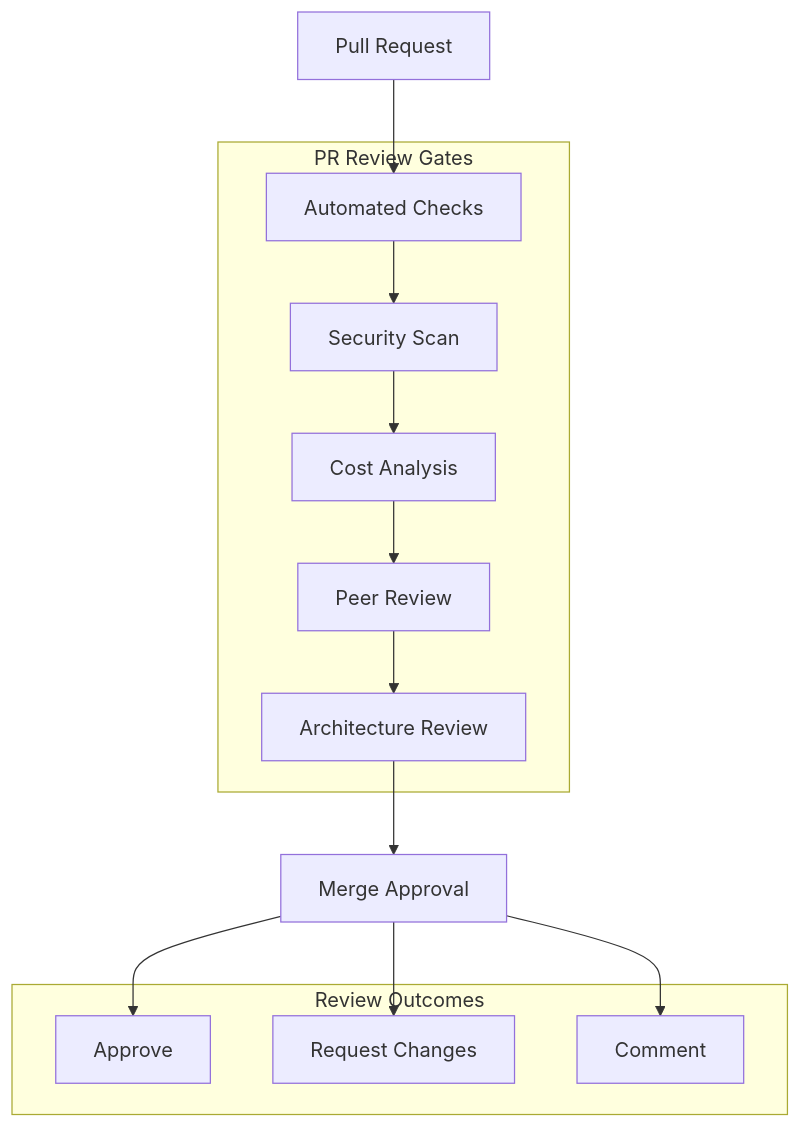
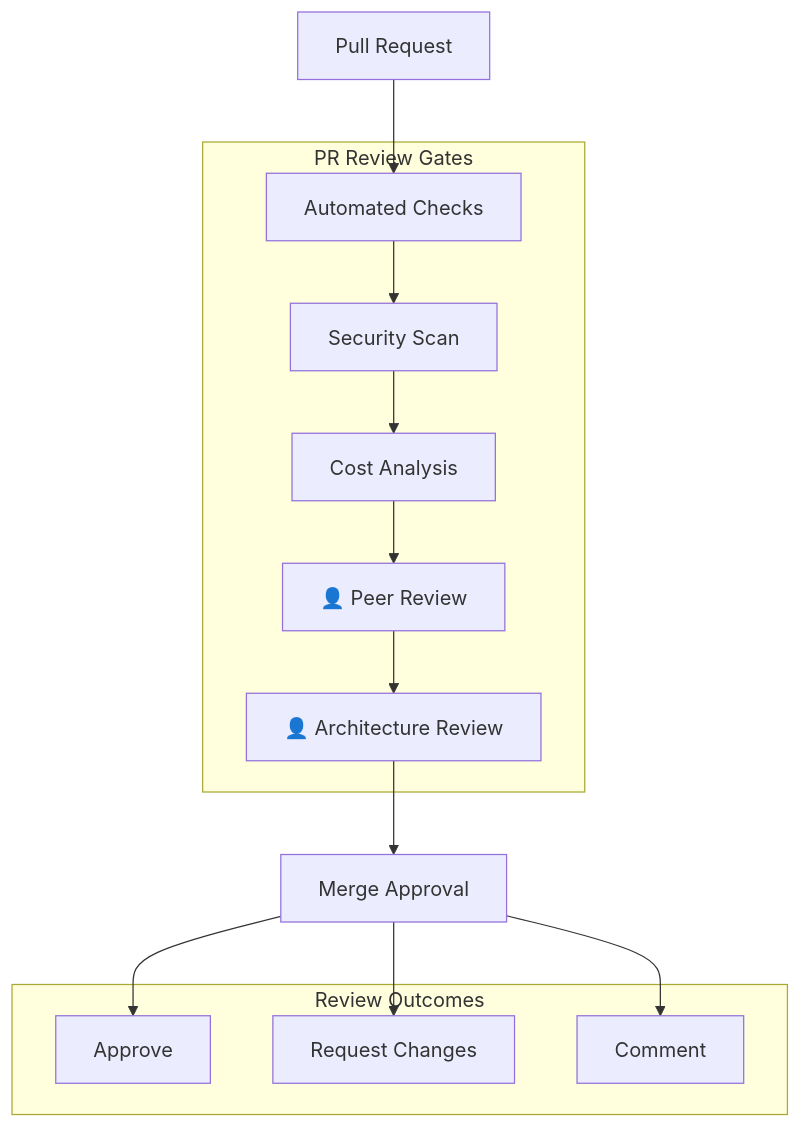
One commit to lrivallain/ms-alz-workshop changed the seventh of 11 diagrams in docs/Workshop-1-Modern-DevOps-IaC-Essentials/content/03-source-control-git.md. Above: the diagram before and after it, drawn with Mermaid. The commit also changed other lines of this file and 3 other files, not shown here.

````diff
--- a/docs/Workshop-1-Modern-DevOps-IaC-Essentials/content/03-source-control-git.md
+++ b/docs/Workshop-1-Modern-DevOps-IaC-Essentials/content/03-source-control-git.md
@@ -198,27 +198,27 @@
 ```mermaid
 graph TB
     subgraph "PR Review Gates"
         A[Automated Checks]
         B[Security Scan]
         C[Cost Analysis]
-        D[Peer Review]
-        E[Architecture Review]
+        D[👤 Peer Review]
+        E[👤 Architecture Review]
     end
 
     F[Pull Request] --> A
     A --> B
     B --> C
     C --> D
     D --> E
     E --> G[Merge Approval]
 
     subgraph "Review Outcomes"
         H[Approve]
         I[Request Changes]
         J[Comment]
     end
 
     G --> H
     G --> I
     G --> J
 ```
````
